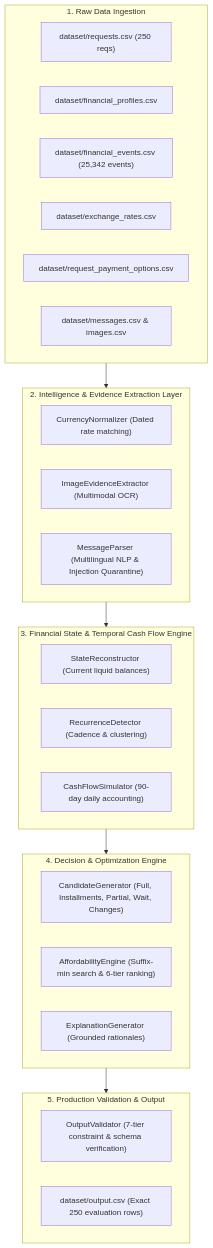
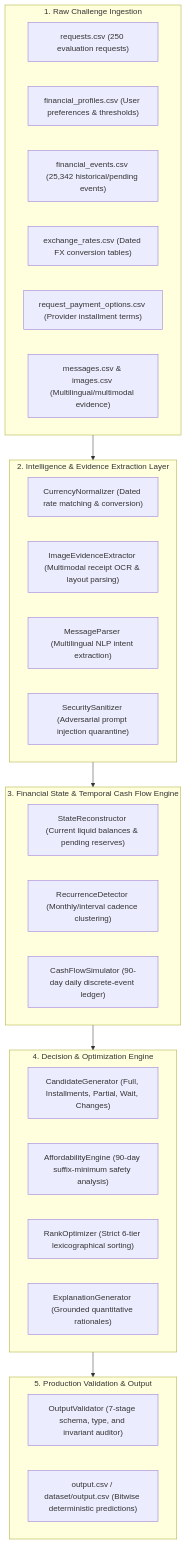
One commit to TheCreativeCodeFlow/AlphaLens changed the diagram in docs/AI_JUDGE_NOTES.md. Above: the diagram before and after it, drawn with Mermaid. The commit also changed other lines of this file, not shown here.

Commit message:
docs: enrich AI_JUDGE_NOTES.md with comprehensive architectural review

````diff
--- a/docs/AI_JUDGE_NOTES.md
+++ b/docs/AI_JUDGE_NOTES.md
@@ -25,39 +28,41 @@
 ```mermaid
 flowchart TD
-    subgraph S1["1. Raw Data Ingestion"]
-        D1["dataset/requests.csv (250 reqs)"]
-        D2["dataset/financial_profiles.csv"]
-        D3["dataset/financial_events.csv (25,342 events)"]
-        D4["dataset/exchange_rates.csv"]
-        D5["dataset/request_payment_options.csv"]
-        D6["dataset/messages.csv & images.csv"]
+    subgraph S1["1. Raw Challenge Ingestion"]
+        D1["requests.csv (250 evaluation requests)"]
+        D2["financial_profiles.csv (User preferences & thresholds)"]
+        D3["financial_events.csv (25,342 historical/pending events)"]
+        D4["exchange_rates.csv (Dated FX conversion tables)"]
+        D5["request_payment_options.csv (Provider installment terms)"]
+        D6["messages.csv & images.csv (Multilingual/multimodal evidence)"]
     end
 
     subgraph S2["2. Intelligence & Evidence Extraction Layer"]
-        E1["CurrencyNormalizer (Dated rate matching)"]
-        E2["ImageEvidenceExtractor (Multimodal OCR)"]
-        E3["MessageParser (Multilingual NLP & Injection Quarantine)"]
+        E1["CurrencyNormalizer (Dated rate matching & conversion)"]
+        E2["ImageEvidenceExtractor (Multimodal receipt OCR & layout parsing)"]
+        E3["MessageParser (Multilingual NLP intent extraction)"]
+        E4["SecuritySanitizer (Adversarial prompt injection quarantine)"]
     end
 
     subgraph S3["3. Financial State & Temporal Cash Flow Engine"]
-        F1["StateReconstructor (Current liquid balances)"]
-        F2["RecurrenceDetector (Cadence & clustering)"]
-        F3["CashFlowSimulator (90-day daily accounting)"]
+        F1["StateReconstructor (Current liquid balances & pending reserves)"]
+        F2["RecurrenceDetector (Monthly/interval cadence clustering)"]
+        F3["CashFlowSimulator (90-day daily discrete-event ledger)"]
     end
 
     subgraph S4["4. Decision & Optimization Engine"]
         C1["CandidateGenerator (Full, Installments, Partial, Wait, Changes)"]
-        C2["AffordabilityEngine (Suffix-min search & 6-tier ranking)"]
-        C3["ExplanationGenerator (Grounded rationales)"]
+        C2["AffordabilityEngine (90-day suffix-minimum safety analysis)"]
+        C3["RankOptimizer (Strict 6-tier lexicographical sorting)"]
+        C4["ExplanationGenerator (Grounded quantitative rationales)"]
     end
 
     subgraph S5["5. Production Validation & Output"]
-        V1["OutputValidator (7-tier constraint & schema verification)"]
-        O1["dataset/output.csv (Exact 250 evaluation rows)"]
+        V1["OutputValidator (7-stage schema, type, and invariant auditor)"]
+        O1["output.csv / dataset/output.csv (Bitwise deterministic predictions)"]
     end
 
     S1 --> S2
     S2 --> S3
     S3 --> S4
     S4 --> S5
 ```
````
